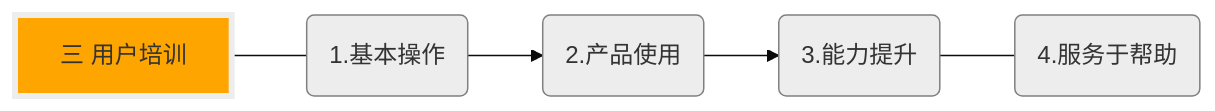
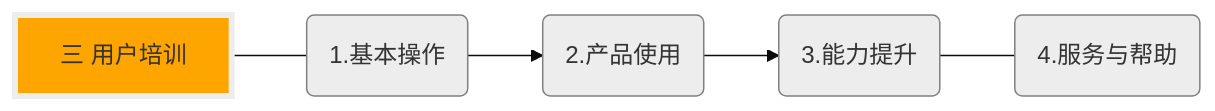
The third of 4 diagrams in index.md (Xiyue-team/doc_op), drawn with Mermaid (base theme) before and after one commit. The commit also changed 2 other files, not shown here.

````diff
--- a/index.md
+++ b/index.md
@@ -32,13 +32,13 @@
 ```mermaid
 graph LR
     A["三 用户培训"]
     A---B(1.基本操作);
     B-->C(2.产品使用);
     C-->D(3.能力提升);
-    D---E(4.服务于帮助);
+    D---E(4.服务与帮助);
     style A fill:orange,stroke:#EDEDED,stroke-width:4px
     style B fill:#EDEDED,stroke:gray,stroke-width:1px
     style C fill:#EDEDED,stroke:gray,stroke-width:1px
     style D fill:#EDEDED,stroke:gray,stroke-width:1px
     style E fill:#EDEDED,stroke:gray,stroke-width:1px
 ```
````
